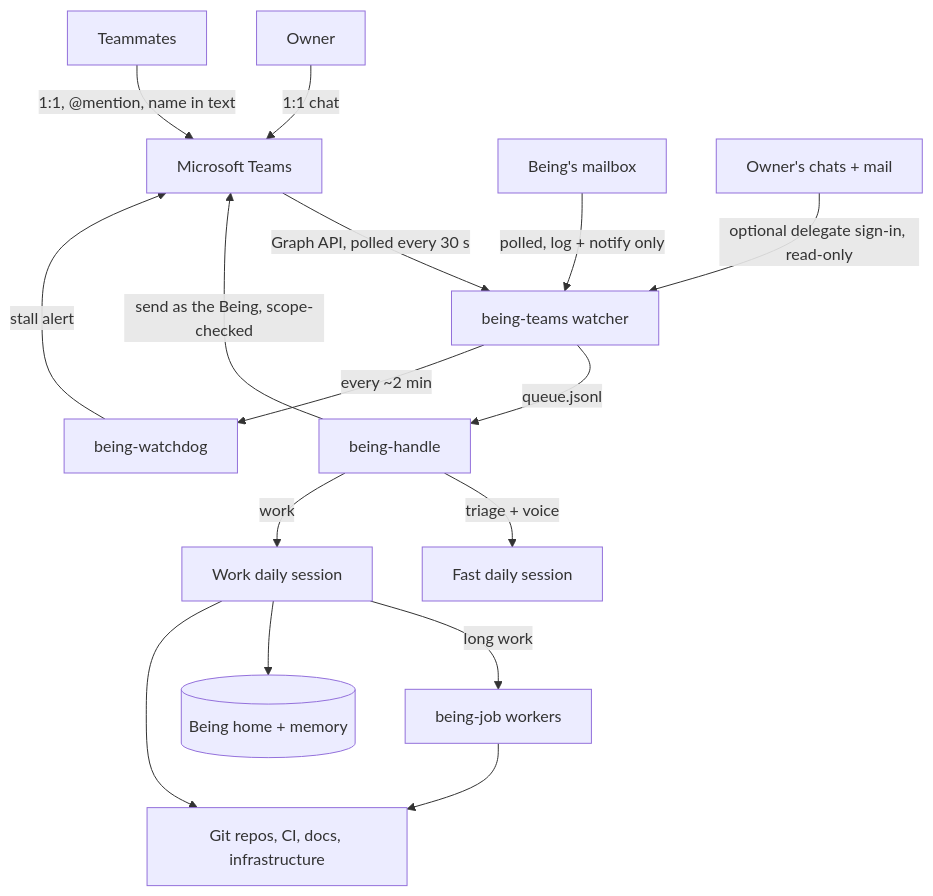
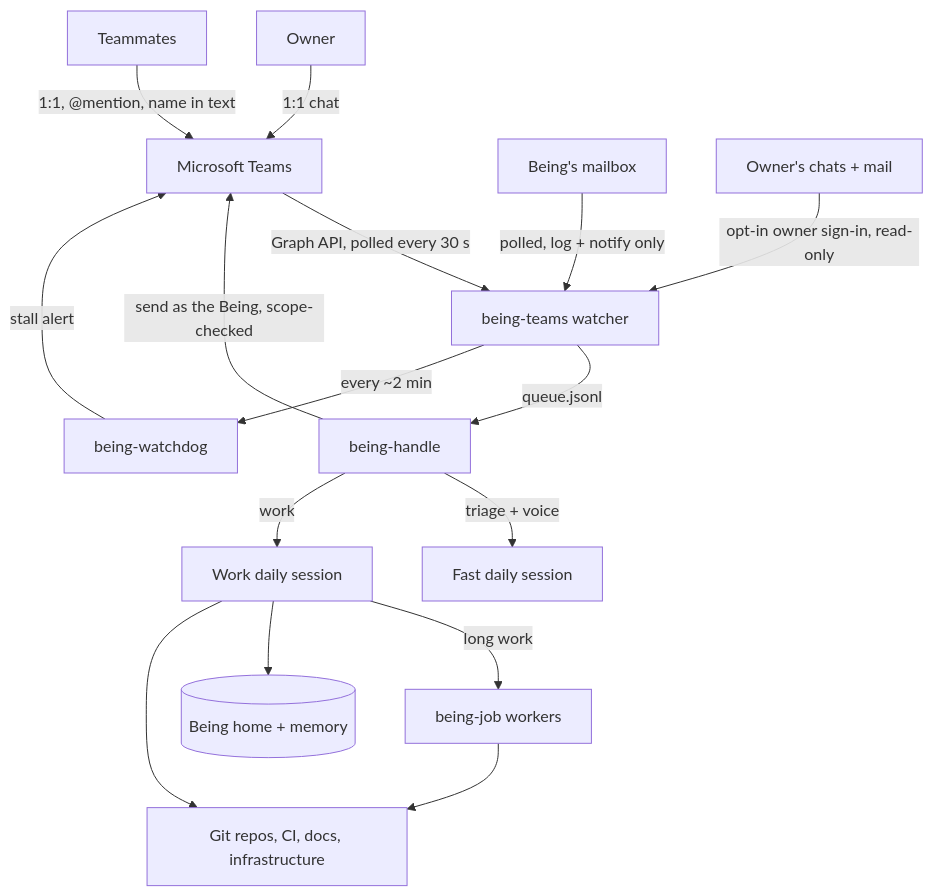
The second of 9 diagrams in docs/ARCHITECTURE.md (VeltriaAI/beings-protocol), drawn with Mermaid before and after one commit. The commit also changed other lines of this file and 25 other files, not shown here.

First line of the commit message:
Teams kit: senders refuse the owner, handler-only minting, review nits

````diff
--- a/docs/ARCHITECTURE.md
+++ b/docs/ARCHITECTURE.md
@@ -73,18 +73,18 @@
 ```mermaid
 flowchart TB
   O["Owner"] -->|1:1 chat| TEAMS["Microsoft Teams"]
   TM["Teammates"] -->|1:1, @mention, name in text| TEAMS
   TEAMS -->|Graph API, polled every 30 s| WATCH["being-teams watcher"]
   MAIL["Being's mailbox"] -->|polled, log + notify only| WATCH
-  OWN["Owner's chats + mail"] -->|optional delegate sign-in, read-only| WATCH
+  OWN["Owner's chats + mail"] -->|opt-in owner sign-in, read-only| WATCH
   WATCH -->|queue.jsonl| HANDLE["being-handle"]
   HANDLE -->|triage + voice| FAST["Fast daily session"]
   HANDLE -->|work| WORK["Work daily session"]
   WORK -->|long work| JOBS["being-job workers"]
   WORK --> FILES[("Being home + memory")]
   WORK --> EXT["Git repos, CI, docs, infrastructure"]
   JOBS --> EXT
   HANDLE -->|send as the Being, scope-checked| TEAMS
   WATCH -->|every ~2 min| DOG["being-watchdog"]
   DOG -->|stall alert| TEAMS
 ```
````
